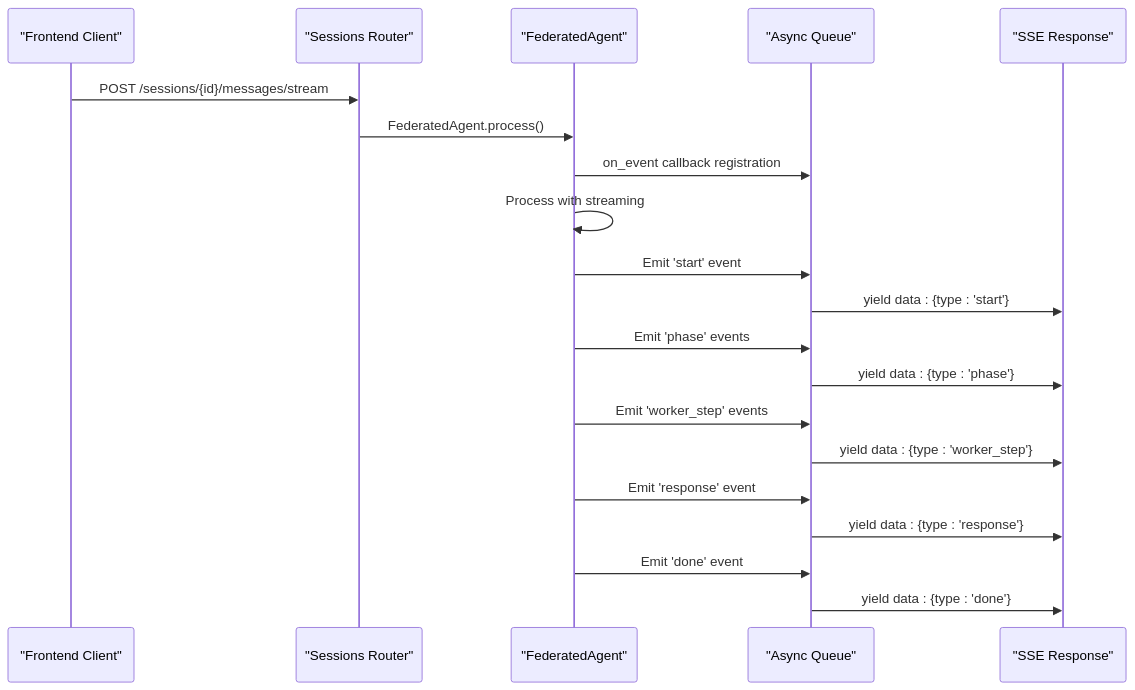
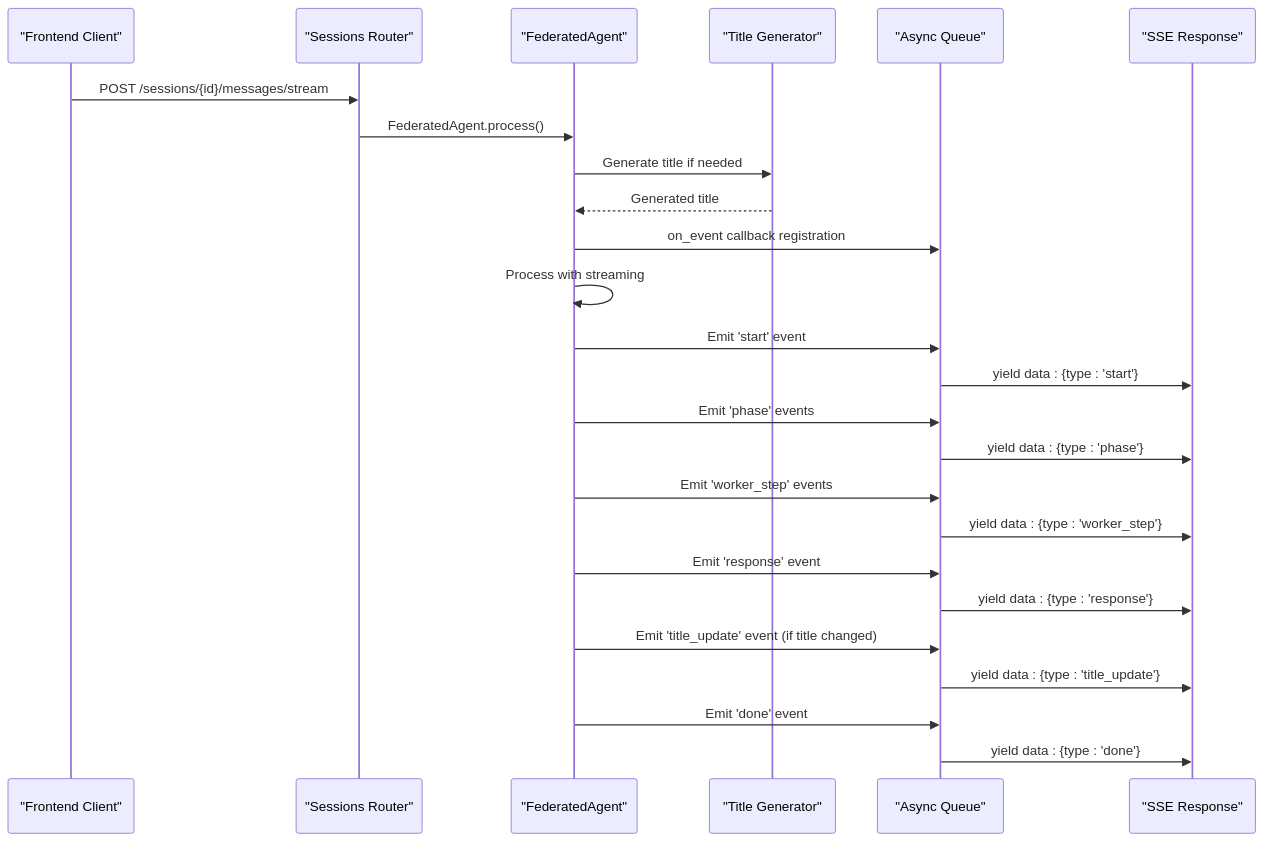
The second of 11 diagrams in .qoder/repowiki/en/content/Core Features/Streaming Reliability Enhancements.md (emanuelplopu/MongoDB-RAG-Agent), drawn with Mermaid before and after one commit. The commit also changed other lines of this file and 5 other files, not shown here.

````diff
--- a/.qoder/repowiki/en/content/Core Features/Streaming Reliability Enhancements.md
+++ b/.qoder/repowiki/en/content/Core Features/Streaming Reliability Enhancements.md
@@ -87,22 +104,27 @@
 ```mermaid
 sequenceDiagram
 participant Client as "Frontend Client"
 participant API as "Sessions Router"
 participant Agent as "FederatedAgent"
+participant TitleGen as "Title Generator"
 participant Queue as "Async Queue"
 participant SSE as "SSE Response"
 Client->>API : POST /sessions/{id}/messages/stream
 API->>Agent : FederatedAgent.process()
+Agent->>TitleGen : Generate title if needed
+TitleGen-->>Agent : Generated title
 Agent->>Queue : on_event callback registration
 Agent->>Agent : Process with streaming
 Agent->>Queue : Emit 'start' event
 Queue->>SSE : yield data : {type : 'start'}
 Agent->>Queue : Emit 'phase' events
 Queue->>SSE : yield data : {type : 'phase'}
 Agent->>Queue : Emit 'worker_step' events
 Queue->>SSE : yield data : {type : 'worker_step'}
 Agent->>Queue : Emit 'response' event
 Queue->>SSE : yield data : {type : 'response'}
+Agent->>Queue : Emit 'title_update' event (if title changed)
+Queue->>SSE : yield data : {type : 'title_update'}
 Agent->>Queue : Emit 'done' event
 Queue->>SSE : yield data : {type : 'done'}
 ```
````
